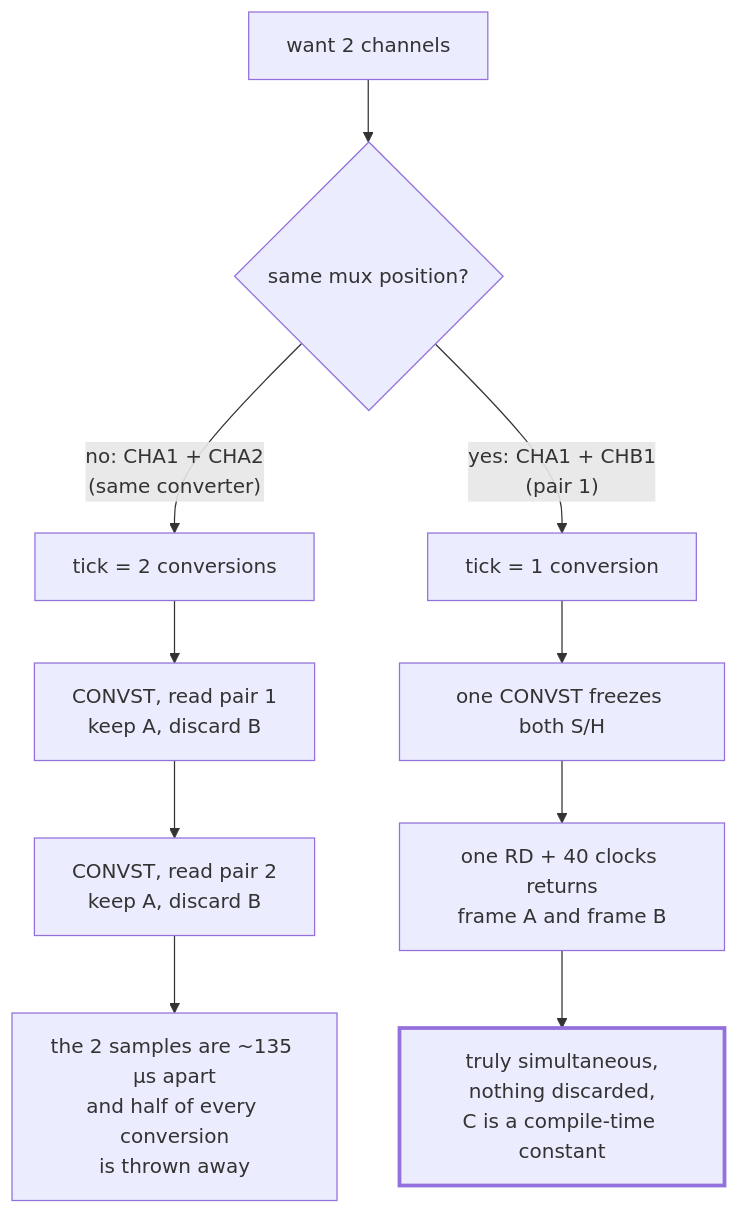
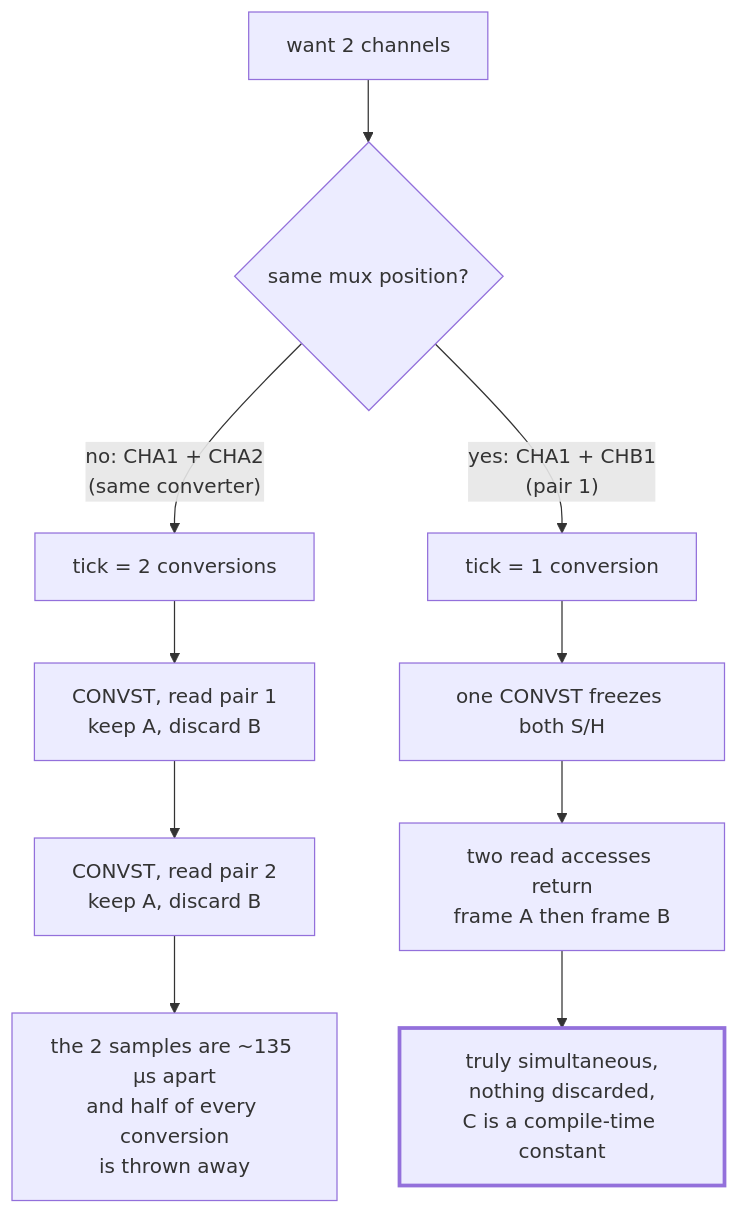
The tenth of 13 diagrams in docs/DESIGN.md (S-OConnor/MSP430_TestRepo), drawn with Mermaid before and after one commit. The commit also changed other lines of this file and 7 other files, not shown here.

````diff
--- a/docs/DESIGN.md
+++ b/docs/DESIGN.md
@@ -1000,16 +1011,16 @@
 ```mermaid
 flowchart TD
     NEED["want 2 channels"] --> Q{"same mux position?"}
 
     Q -->|"no: CHA1 + CHA2<br/>(same converter)"| TWO["tick = 2 conversions"]
     TWO --> T1["CONVST, read pair 1<br/>keep A, discard B"]
     T1 --> T2["CONVST, read pair 2<br/>keep A, discard B"]
     T2 --> NOSIM["the 2 samples are ~135 µs apart<br/>and half of every conversion<br/>is thrown away"]
 
     Q -->|"yes: CHA1 + CHB1<br/>(pair 1)"| ONE["tick = 1 conversion"]
     ONE --> O1["one CONVST freezes both S/H"]
-    O1 --> O2["one RD + 40 clocks returns<br/>frame A and frame B"]
+    O1 --> O2["two read accesses return<br/>frame A then frame B"]
     O2 --> SIM["truly simultaneous,<br/>nothing discarded,<br/>C is a compile-time constant"]
 
     style SIM stroke-width:3px
 ```
````
